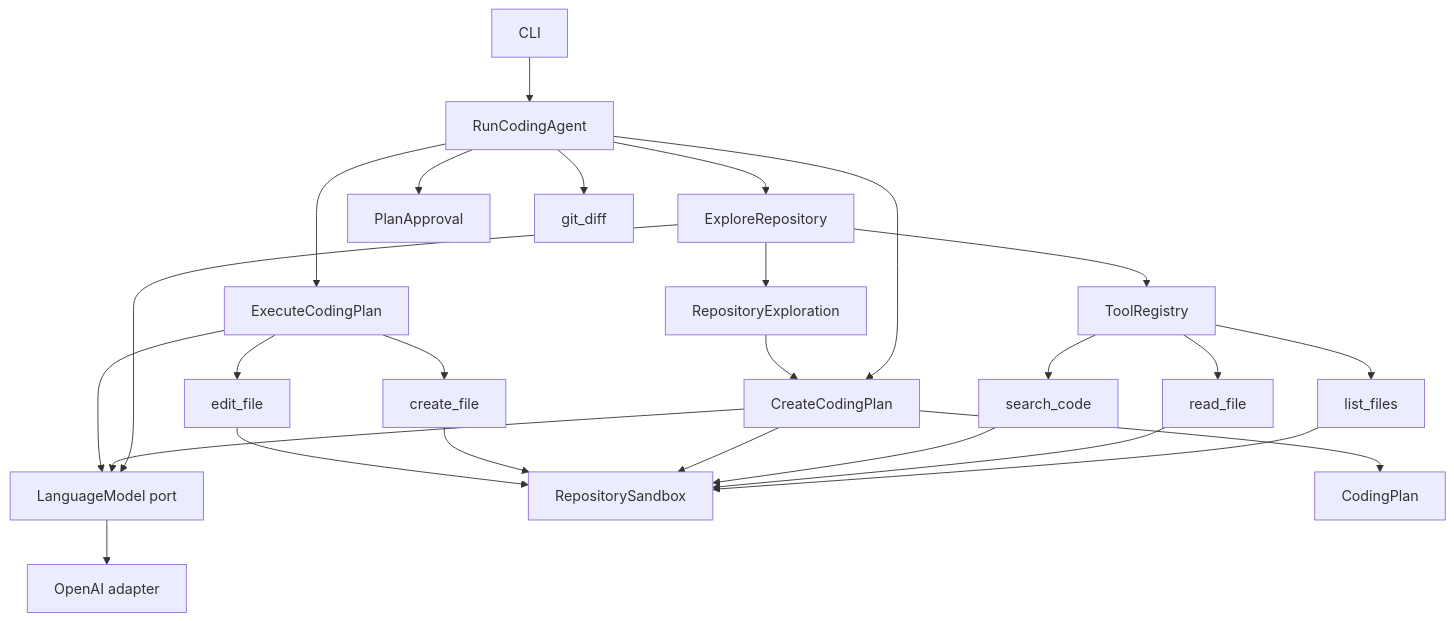
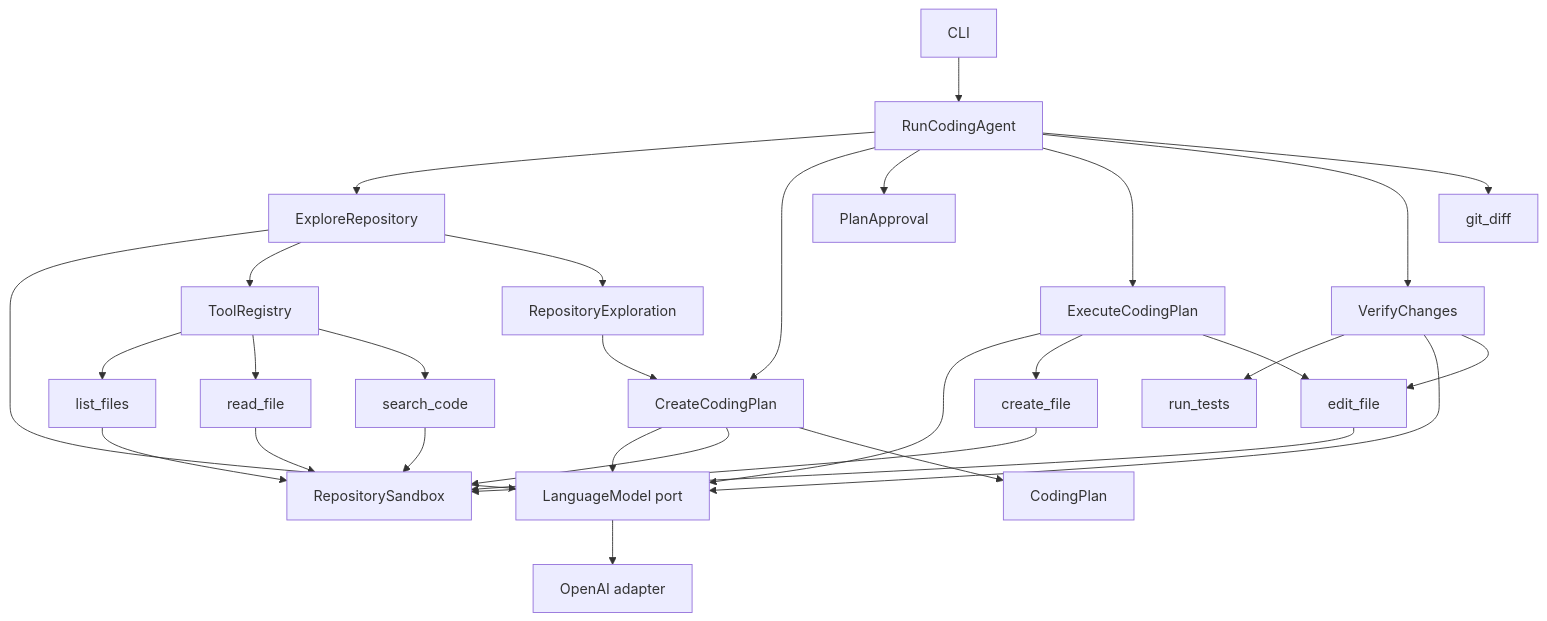
The diagram in README.md (ArianeZan/mini-code), drawn with Mermaid before and after one commit. The commit also changed other lines of this file and 17 other files, not shown here.

````diff
--- a/README.md
+++ b/README.md
@@ -95,28 +95,32 @@
 ```mermaid
 flowchart TD
     CLI[CLI] --> Agent[RunCodingAgent]
     Agent --> Explore[ExploreRepository]
     Agent --> Plan[CreateCodingPlan]
     Agent --> Approval[PlanApproval]
     Agent --> Execute[ExecuteCodingPlan]
+    Agent --> Verify[VerifyChanges]
     Explore --> LM[LanguageModel port]
     Plan --> LM
     Execute --> LM
     LM --> OpenAI[OpenAI adapter]
     Explore --> Registry[ToolRegistry]
     Registry --> List[list_files]
     Registry --> Read[read_file]
     Registry --> Search[search_code]
     List --> Sandbox[RepositorySandbox]
     Read --> Sandbox
     Search --> Sandbox
     Plan --> Sandbox
     Execute --> Create[create_file]
     Execute --> Edit[edit_file]
+    Verify --> Tests[run_tests]
+    Verify --> LM
+    Verify --> Edit
     Create --> Sandbox
     Edit --> Sandbox
     Agent --> Diff[git_diff]
     Explore --> Result[RepositoryExploration]
     Result --> Plan
     Plan --> CodingPlan[CodingPlan]
 ```
````
